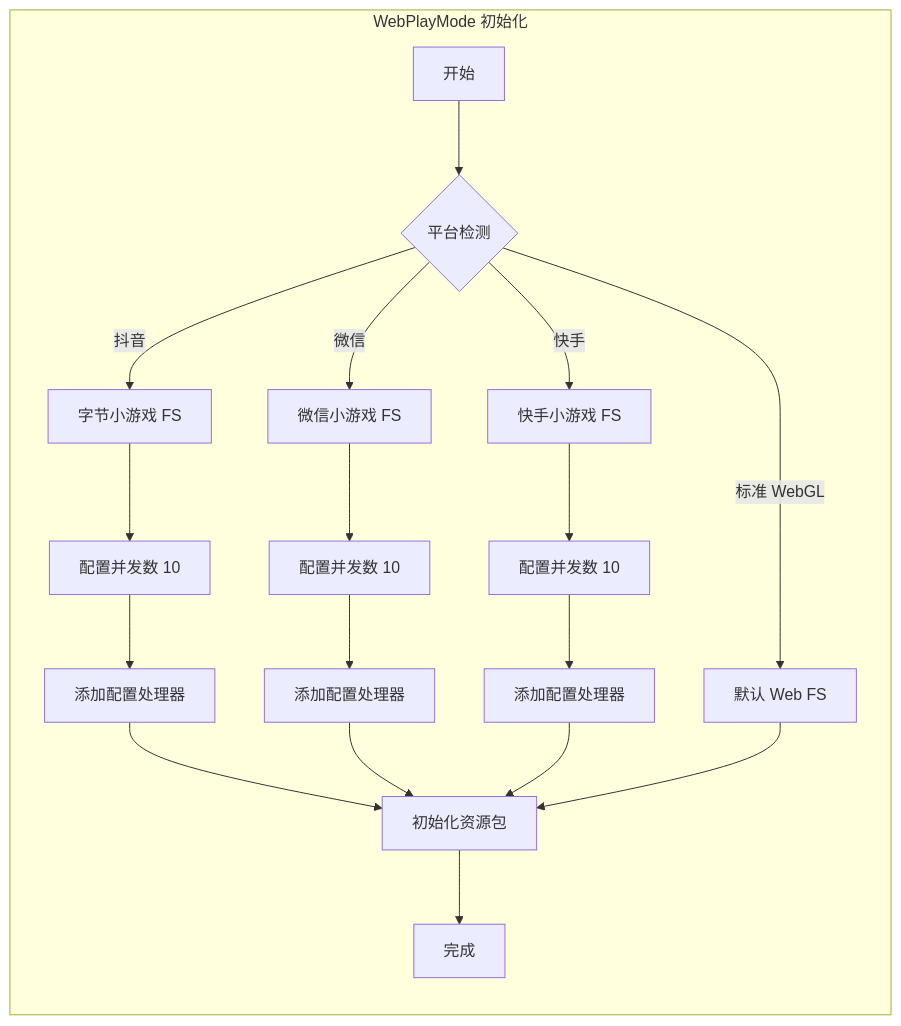
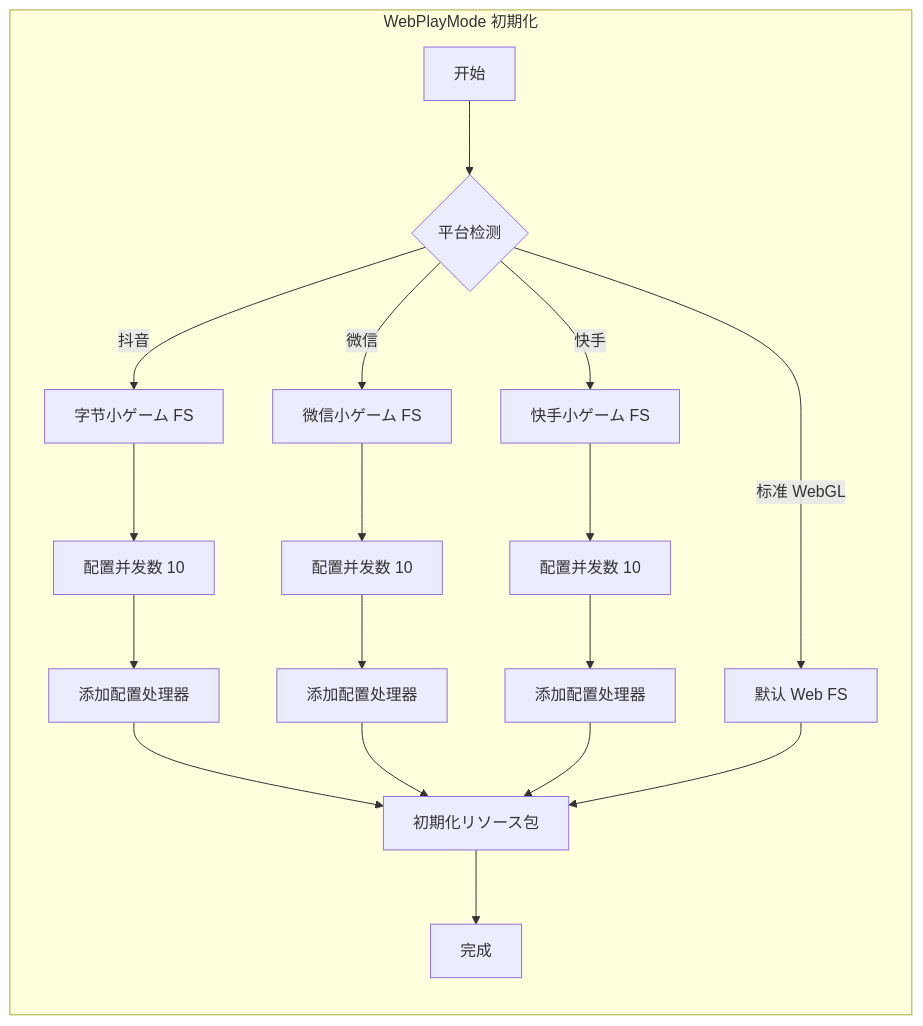
One commit to AlianBlank/GameFrameX.Docs changed the second of 2 diagrams in docs/ja/client/unity/component/asset/17.webgl.md. Above: the diagram before and after it, drawn with Mermaid. The commit also changed other lines of this file and 603 other files, not shown here.

````diff
--- a/docs/ja/client/unity/component/asset/17.webgl.md
+++ b/docs/ja/client/unity/component/asset/17.webgl.md
@@ -202,26 +202,26 @@
 ```mermaid
 flowchart LR
-    subgraph WebPlayMode["WebPlayMode 初始化"]
+    subgraph WebPlayMode["WebPlayMode 初期化"]
         Start[开始] --> CheckPlatform{平台检测}
         
-        CheckPlatform -->|抖音| DY[字节小游戏 FS]
-        CheckPlatform -->|微信| WC[微信小游戏 FS]
-        CheckPlatform -->|快手| KS[快手小游戏 FS]
+        CheckPlatform -->|抖音| DY[字节小ゲーム FS]
+        CheckPlatform -->|微信| WC[微信小ゲーム FS]
+        CheckPlatform -->|快手| KS[快手小ゲーム FS]
         CheckPlatform -->|标准 WebGL| Web[默认 Web FS]
         
         DY --> ConfigDY[配置并发数 10]
         WC --> ConfigWC[配置并发数 10]
         KS --> ConfigKS[配置并发数 10]
         
         ConfigDY --> AddDYHandler[添加配置处理器]
         ConfigWC --> AddWCHandler[添加配置处理器]
         ConfigKS --> AddKSHandler[添加配置处理器]
         
-        AddDYHandler --> InitPackage[初始化资源包]
+        AddDYHandler --> InitPackage[初期化リソース包]
         AddWCHandler --> InitPackage
         AddKSHandler --> InitPackage
         Web --> InitPackage
         
         InitPackage --> End[完成]
     end
 ```
````
